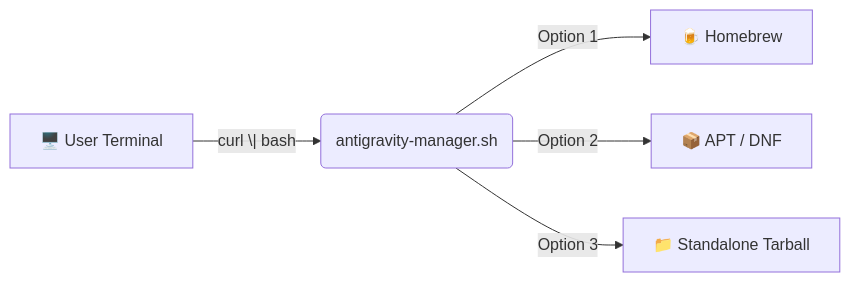
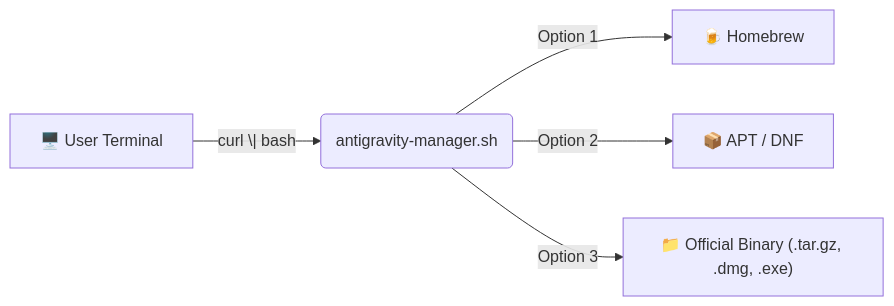
The diagram in README.md (wtg-codes/agv-easy-install), drawn with Mermaid before and after one commit. The commit also changed other lines of this file and 5 other files, not shown here.

Commit message:
docs: streamline README and rename tarball references to official binary

````diff
--- a/README.md
+++ b/README.md
@@ -78,7 +80,7 @@
 ```mermaid
 graph LR
     A["🖥️ User Terminal"] -->|"curl \| bash"| B("antigravity-manager.sh")
     B -->|"Option 1"| C["🍺 Homebrew"]
     B -->|"Option 2"| D["📦 APT / DNF"]
-    B -->|"Option 3"| E["📁 Standalone Tarball"]
+    B -->|"Option 3"| E["📁 Official Binary (.tar.gz, .dmg, .exe)"]
 ```
````
